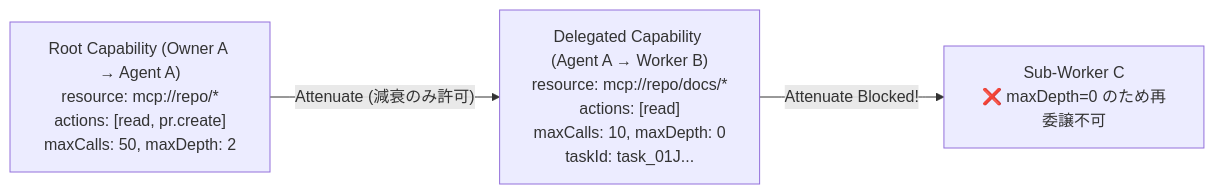
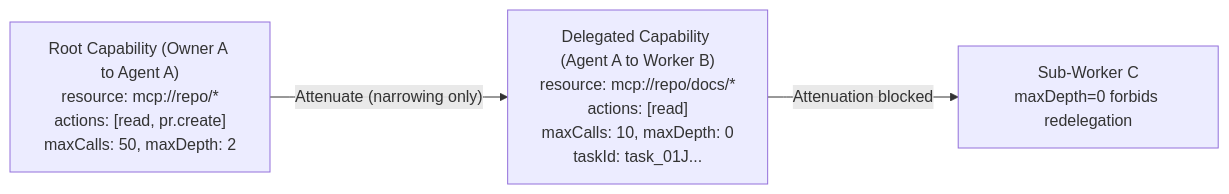
The third of 4 diagrams in ARCHITECTURE.md (acidnyan/agent-collab-platform), drawn with Mermaid before and after one commit. The commit also changed other lines of this file and 10 other files, not shown here.

````diff
--- a/ARCHITECTURE.md
+++ b/ARCHITECTURE.md
@@ -139,6 +142,6 @@
 ```mermaid
 flowchart LR
-    Root["Root Capability (Owner A → Agent A)\nresource: mcp://repo/*\nactions: [read, pr.create]\nmaxCalls: 50, maxDepth: 2"]
-    -->|"Attenuate (減衰のみ許可)"| Delegated["Delegated Capability (Agent A → Worker B)\nresource: mcp://repo/docs/*\nactions: [read]\nmaxCalls: 10, maxDepth: 0\ntaskId: task_01J..."]
-    -->|"Attenuate Blocked!"| SubWorker["Sub-Worker C\n❌ maxDepth=0 のため再委譲不可"]
+    Root["Root Capability (Owner A to Agent A)\nresource: mcp://repo/*\nactions: [read, pr.create]\nmaxCalls: 50, maxDepth: 2"]
+    -->|"Attenuate (narrowing only)"| Delegated["Delegated Capability (Agent A to Worker B)\nresource: mcp://repo/docs/*\nactions: [read]\nmaxCalls: 10, maxDepth: 0\ntaskId: task_01J..."]
+    -->|"Attenuation blocked"| SubWorker["Sub-Worker C\nmaxDepth=0 forbids redelegation"]
 ```
````
